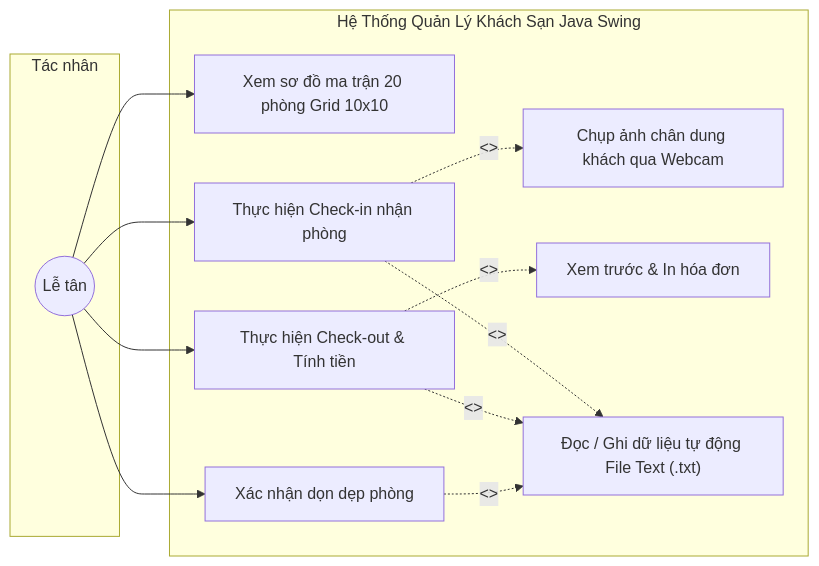
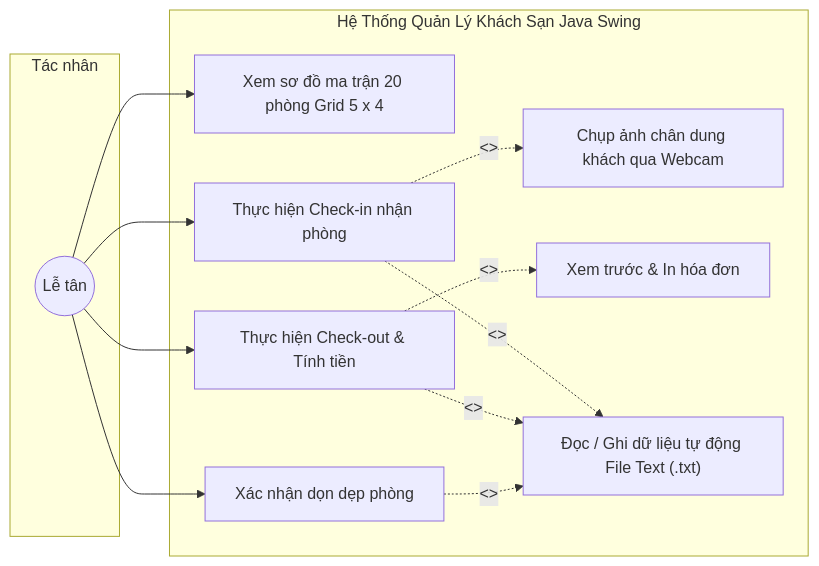
The diagram in docs/diagrams/usecase_diagram.mmd (NNTTuan/HotelBookingSystem), drawn with Mermaid before and after one commit.

```diff
--- a/docs/diagrams/usecase_diagram.mmd
+++ b/docs/diagrams/usecase_diagram.mmd
@@ -1,25 +1,25 @@
 flowchart LR
     subgraph Actor ["Tác nhân"]
         User((Lễ tân))
     end
 
     subgraph System ["Hệ Thống Quản Lý Khách Sạn Java Swing"]
-        UC1["Xem sơ đồ ma trận 20 phòng Grid 10x10"]
+        UC1["Xem sơ đồ ma trận 20 phòng Grid 5 x 4"]
         UC2["Thực hiện Check-in nhận phòng"]
         UC3["Chụp ảnh chân dung khách qua Webcam"]
         UC4["Thực hiện Check-out & Tính tiền"]
         UC5["Xem trước & In hóa đơn"]
         UC6["Xác nhận dọn dẹp phòng"]
         UC7["Đọc / Ghi dữ liệu tự động File Text (.txt)"]
     end
 
     User --> UC1
     User --> UC2
     User --> UC4
     User --> UC6
 
     UC2 -. "<<include>>" .-> UC3
     UC2 -. "<<include>>" .-> UC7
     UC4 -. "<<extend>>" .-> UC5
     UC4 -. "<<include>>" .-> UC7
     UC6 -. "<<include>>" .-> UC7
```
